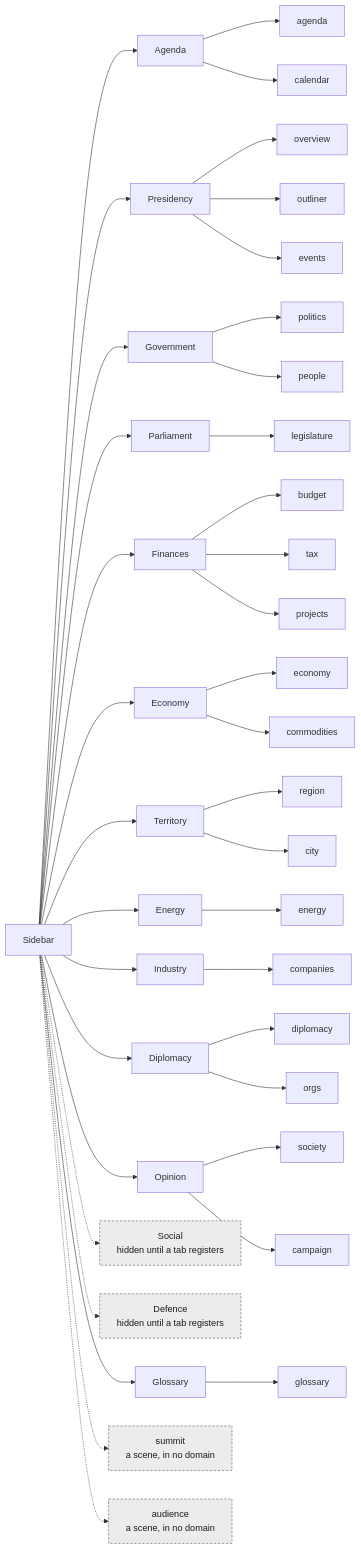
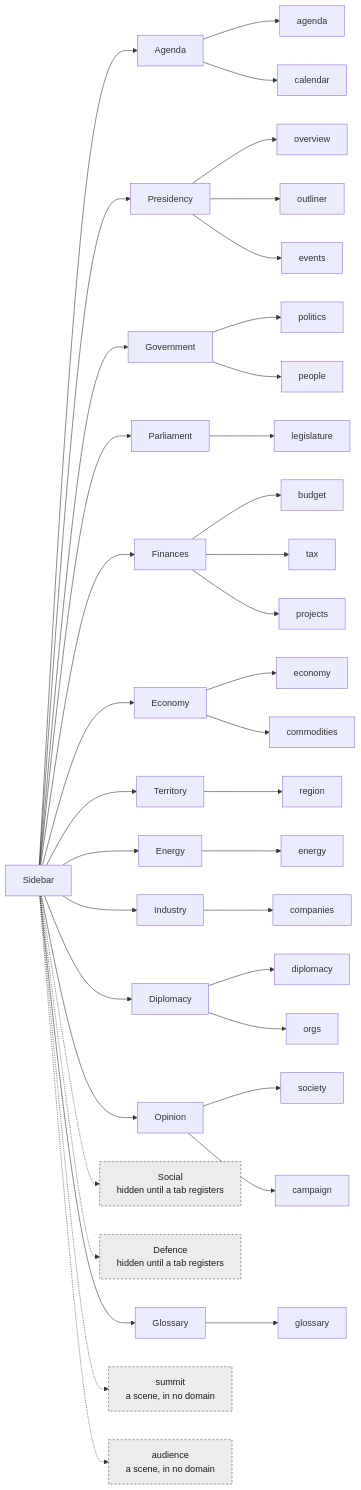
One commit to powerbassist/World-simulator changed the diagram in docs/shell.md. Above: the diagram before and after it, drawn with Mermaid. The commit also changed 2 other files, not shown here.

Commit message:
V5.3-0b: the vault counts 23 panels and 21 tabs, the City tab gone

````diff
--- a/docs/shell.md
+++ b/docs/shell.md
@@ -25,43 +25,42 @@
 ```mermaid
 flowchart LR
   sb["Sidebar"]
   sb --> d_agenda["Agenda"]
   d_agenda --> t_agenda["agenda"]
   d_agenda --> t_calendar["calendar"]
   sb --> d_presidency["Presidency"]
   d_presidency --> t_overview["overview"]
   d_presidency --> t_outliner["outliner"]
   d_presidency --> t_events["events"]
   sb --> d_government["Government"]
   d_government --> t_politics["politics"]
   d_government --> t_people["people"]
   sb --> d_parliament["Parliament"]
   d_parliament --> t_legislature["legislature"]
   sb --> d_finances["Finances"]
   d_finances --> t_budget["budget"]
   d_finances --> t_tax["tax"]
   d_finances --> t_projects["projects"]
   sb --> d_economy["Economy"]
   d_economy --> t_economy["economy"]
   d_economy --> t_commodities["commodities"]
   sb --> d_territory["Territory"]
   d_territory --> t_region["region"]
-  d_territory --> t_city["city"]
   sb --> d_energy["Energy"]
   d_energy --> t_energy["energy"]
   sb --> d_industry["Industry"]
   d_industry --> t_companies["companies"]
   sb --> d_diplomacy["Diplomacy"]
   d_diplomacy --> t_diplomacy["diplomacy"]
   d_diplomacy --> t_orgs["orgs"]
   sb --> d_opinion["Opinion"]
   d_opinion --> t_society["society"]
   d_opinion --> t_campaign["campaign"]
   sb -.-> d_social["Social<br/>hidden until a tab registers"]:::hidden
   sb -.-> d_defence["Defence<br/>hidden until a tab registers"]:::hidden
   sb --> d_glossary["Glossary"]
   d_glossary --> t_glossary["glossary"]
   sb -.-> s_summit["summit<br/>a scene, in no domain"]:::hidden
   sb -.-> s_audience["audience<br/>a scene, in no domain"]:::hidden
   classDef hidden stroke-dasharray:4 3,fill:#ececec,stroke:#555,color:#1a1a1a
 ```
````
